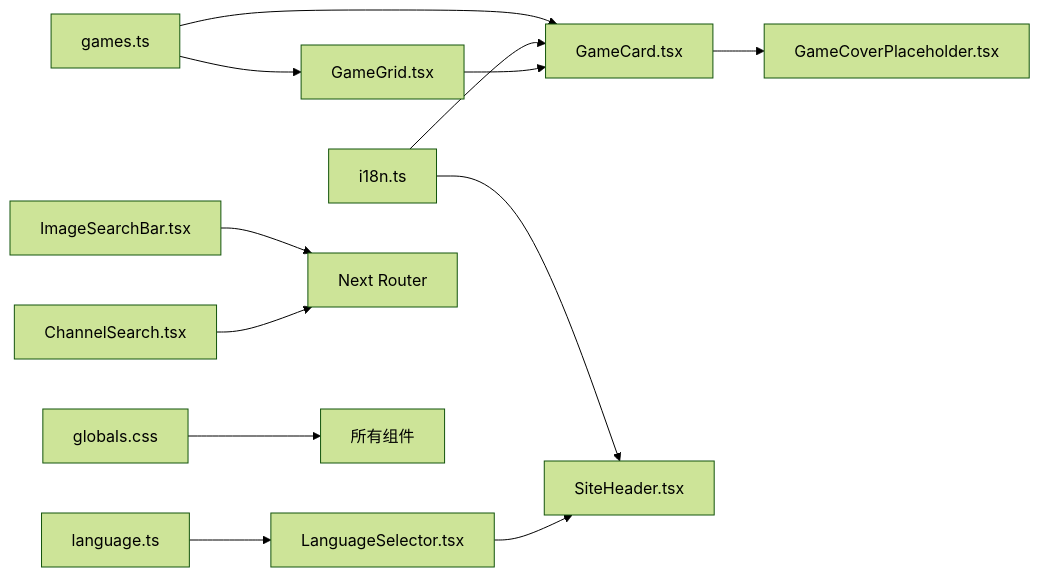
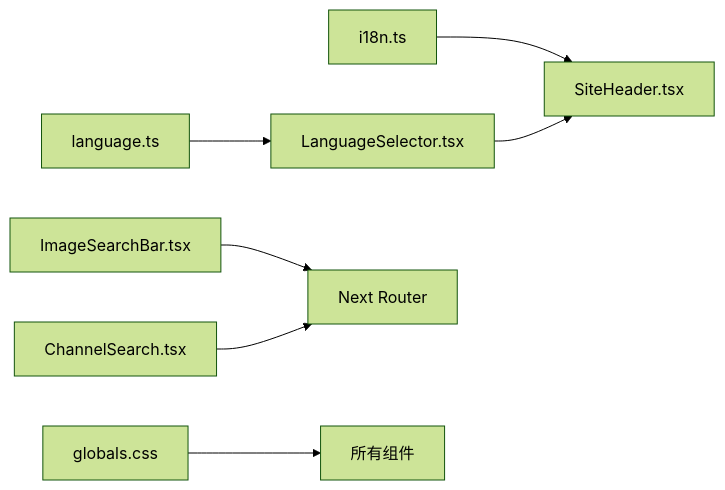
Before and after one commit to pnnh/weable: the fourth of 4 diagrams in .qoder/repowiki/zh/content/前端组件/通用UI组件.md, drawn with Mermaid (forest theme). The commit also changed other lines of this file and 187 other files, not shown here.

````diff
--- a/.qoder/repowiki/zh/content/前端组件/通用UI组件.md
+++ b/.qoder/repowiki/zh/content/前端组件/通用UI组件.md
@@ -333,14 +234,9 @@
 ```mermaid
 graph LR
-G["games.ts"] --> GC["GameCard.tsx"]
-G --> GG["GameGrid.tsx"]
-I18N["i18n.ts"] --> GC
-I18N --> SH["SiteHeader.tsx"]
+I18N["i18n.ts"] --> SH["SiteHeader.tsx"]
 LANG["language.ts"] --> LS["LanguageSelector.tsx"]
 LS --> SH
-GC --> GCP["GameCoverPlaceholder.tsx"]
-GG --> GC
 ISB["ImageSearchBar.tsx"] --> ROUTER["Next Router"]
 CHS["ChannelSearch.tsx"] --> ROUTER
 STY["globals.css"] --> ALL["所有组件"]
 ```
````
